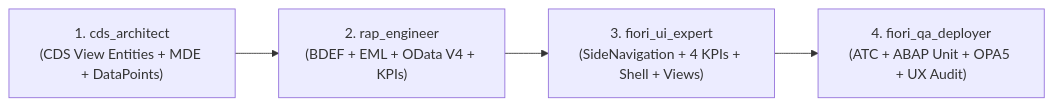
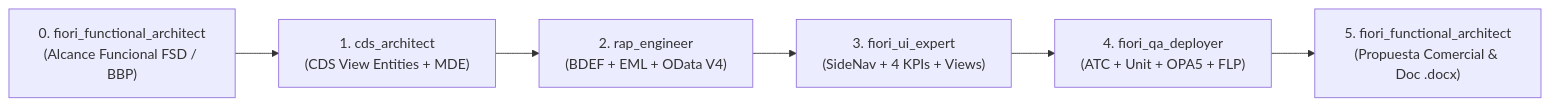
The diagram in AGENTS.md (jmerino2015/sapcloudservices), drawn with Mermaid before and after one commit. The commit also changed other lines of this file and 2 other files, not shown here.

Commit message:
feat(agents): registrar sub-agente fiori_functional_architect y skill de alcance funcional y detalle comercial

````diff
--- a/AGENTS.md
+++ b/AGENTS.md
@@ -20,6 +21,8 @@
 ```mermaid
 flowchart LR
-    A["1. cds_architect<br/>(CDS View Entities + MDE + DataPoints)"] --> B["2. rap_engineer<br/>(BDEF + EML + OData V4 + KPIs)"]
-    B --> C["3. fiori_ui_expert<br/>(SideNavigation + 4 KPIs + Shell + Views)"]
-    C --> D["4. fiori_qa_deployer<br/>(ATC + ABAP Unit + OPA5 + UX Audit)"]
+    F1["0. fiori_functional_architect<br/>(Alcance Funcional FSD / BBP)"] --> A["1. cds_architect<br/>(CDS View Entities + MDE)"]
+    A --> B["2. rap_engineer<br/>(BDEF + EML + OData V4)"]
+    B --> C["3. fiori_ui_expert<br/>(SideNav + 4 KPIs + Views)"]
+    C --> D["4. fiori_qa_deployer<br/>(ATC + Unit + OPA5 + FLP)"]
+    D --> F2["5. fiori_functional_architect<br/>(Propuesta Comercial & Doc .docx)"]
 ```
````
